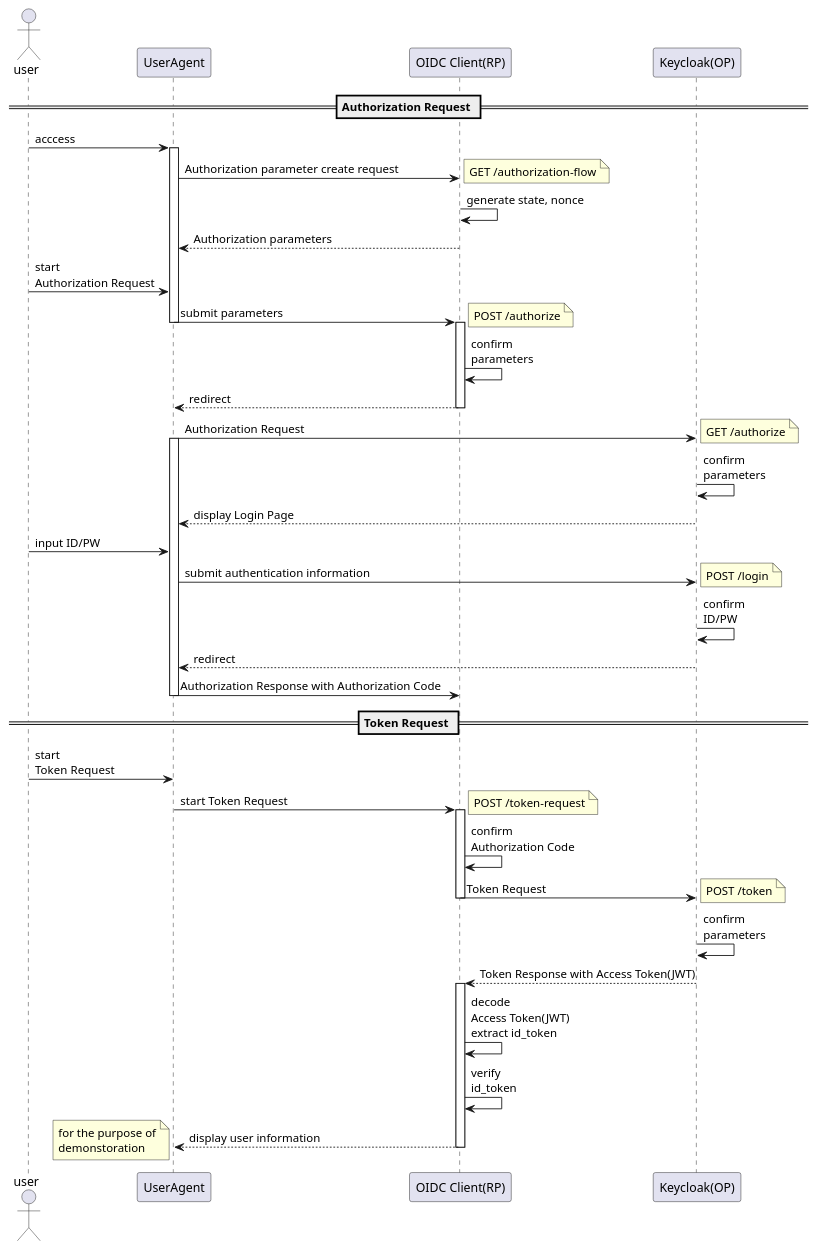
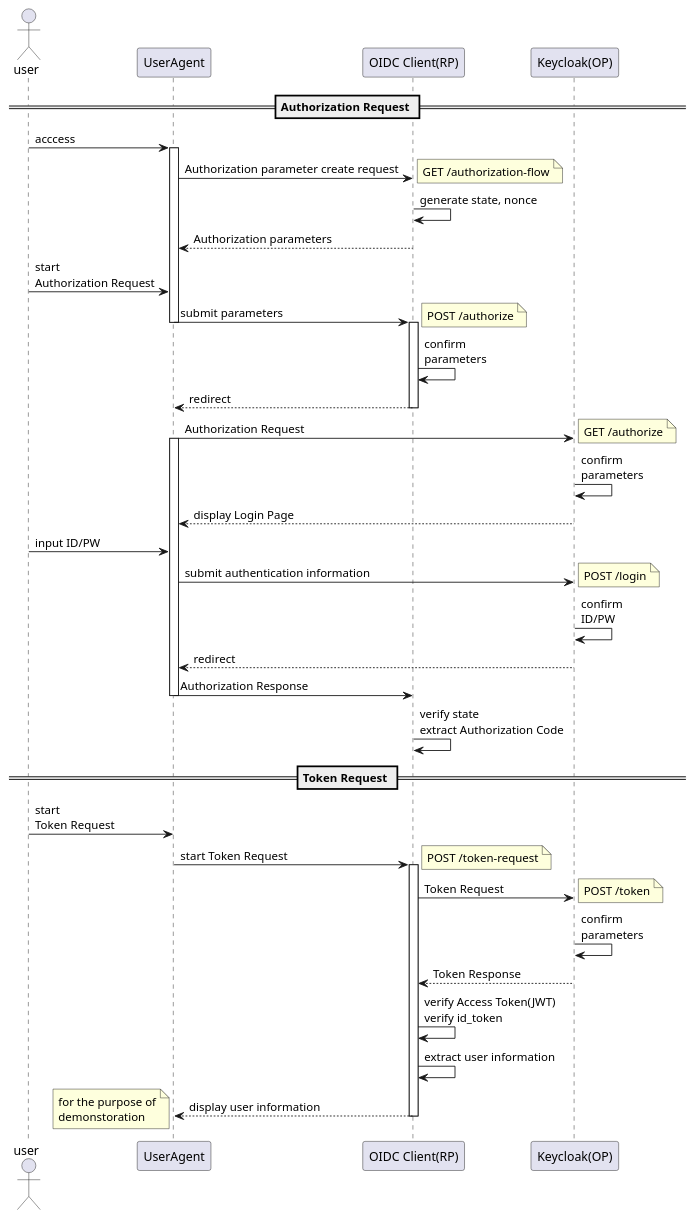
The diagram in docs/2.シーケンス/plantuml/2.1.AuthorizationRequest.pu (takumi13/keycloak-idp-rp), drawn with PlantUML before and after one commit. The commit also changed 1 other file, not shown here.

Commit message:
Authorization Codeシーケンス修正

```diff
--- a/docs/2.シーケンス/plantuml/2.1.AuthorizationRequest.pu
+++ b/docs/2.シーケンス/plantuml/2.1.AuthorizationRequest.pu
@@ -1,79 +1,80 @@
 @startuml
 
 actor user
 participant "UserAgent" as ua
 participant "OIDC Client(RP)" as rp
 participant "Keycloak(OP)" as op
 
 == Authorization Request ==
 
 user -> ua : acccess
 
 activate ua
 
 ua -> rp : Authorization parameter create request
 note right
   GET /authorization-flow
 end note
 rp -> rp : generate state, nonce
 rp --> ua : Authorization parameters
 user -> ua: start \nAuthorization Request
 ua -> rp : submit parameters
 note right
   POST /authorize
 end note
 deactivate ua
 
 activate rp
 rp -> rp : confirm\nparameters
 rp --> ua : redirect
 deactivate rp
 
 ua -> op :  Authorization Request
 activate ua
 note right
   GET /authorize
 end note
 
 op -> op : confirm\nparameters
 op --> ua : display Login Page
 user -> ua : input ID/PW
 ua -> op : submit authentication information
 note right
   POST /login
 end note
 op -> op : confirm\nID/PW
 op --> ua : redirect
-ua -> rp : Authorization Response with Authorization Code
+ua -> rp : Authorization Response
 deactivate ua
 
+rp -> rp : verify state\nextract Authorization Code
+
 == Token Request ==
+
 user -> ua : start\nToken Request
+
 ua -> rp : start Token Request
+activate rp
 note right
   POST /token-request
 end note
-activate rp
-rp -> rp : confirm\nAuthorization Code
 rp -> op : Token Request
-deactivate rp
 
 note right
   POST /token
 end note
 
 op -> op : confirm\nparameters
-op --> rp : Token Response with Access Token(JWT)
+op --> rp : Token Response
 
-activate rp
-rp -> rp : decode\nAccess Token(JWT)\nextract id_token
-rp -> rp : verify\nid_token
+rp -> rp : verify Access Token(JWT)\nverify id_token
+rp -> rp : extract user information
 rp --> ua : display user information
 deactivate rp
 
 note left
   for the purpose of
   demonstoration
 end note
 
 @enduml
```
